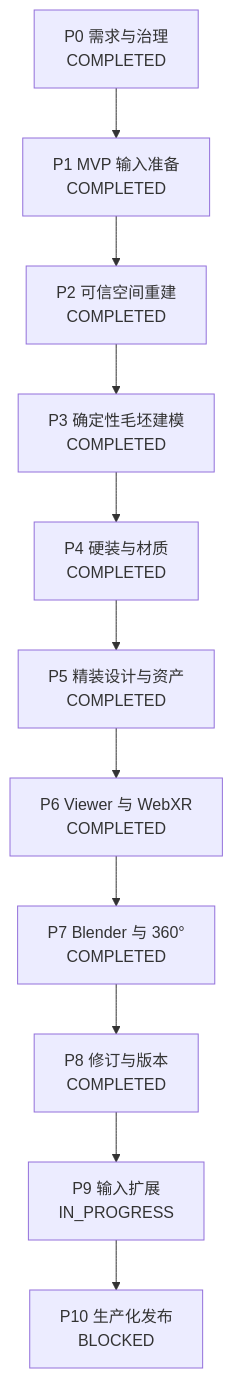
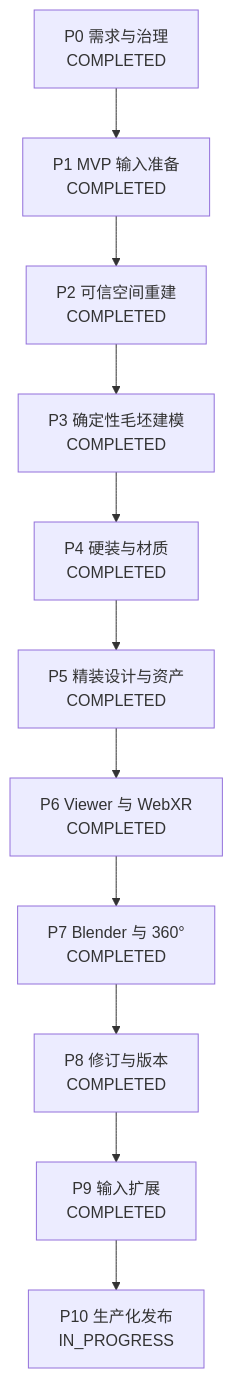
The second of 2 diagrams in 需求文档.md (keson-skill/VR-3D-Skill), drawn with Mermaid before and after one commit. The commit also changed other lines of this file and 24 other files, not shown here.

````diff
--- a/需求文档.md
+++ b/需求文档.md
@@ -438,13 +438,13 @@
 ```mermaid
 flowchart TD
     P0["P0 需求与治理<br/>COMPLETED"] --> P1["P1 MVP 输入准备<br/>COMPLETED"]
     P1 --> P2["P2 可信空间重建<br/>COMPLETED"]
     P2 --> P3["P3 确定性毛坯建模<br/>COMPLETED"]
     P3 --> P4["P4 硬装与材质<br/>COMPLETED"]
     P4 --> P5["P5 精装设计与资产<br/>COMPLETED"]
     P5 --> P6["P6 Viewer 与 WebXR<br/>COMPLETED"]
     P6 --> P7["P7 Blender 与 360°<br/>COMPLETED"]
     P7 --> P8["P8 修订与版本<br/>COMPLETED"]
-    P8 --> P9["P9 输入扩展<br/>IN_PROGRESS"]
-    P9 --> P10["P10 生产化发布<br/>BLOCKED"]
+    P8 --> P9["P9 输入扩展<br/>COMPLETED"]
+    P9 --> P10["P10 生产化发布<br/>IN_PROGRESS"]
 ```
````
